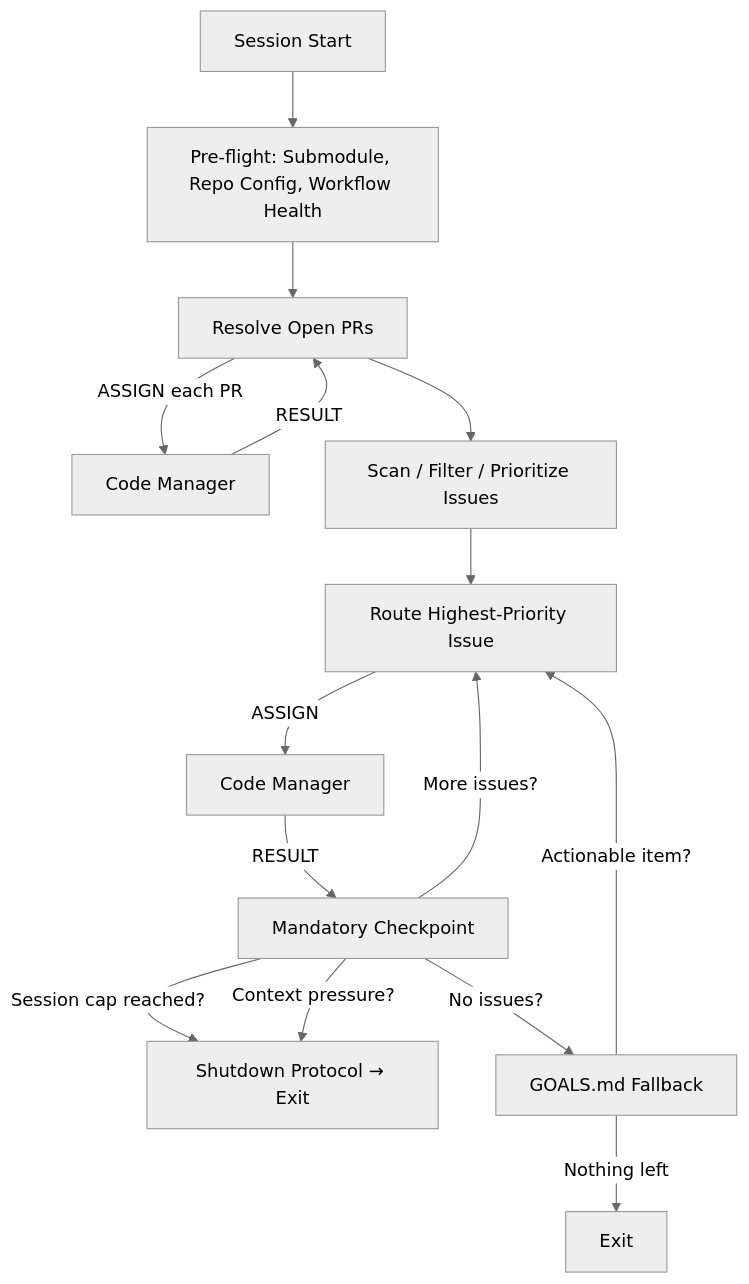
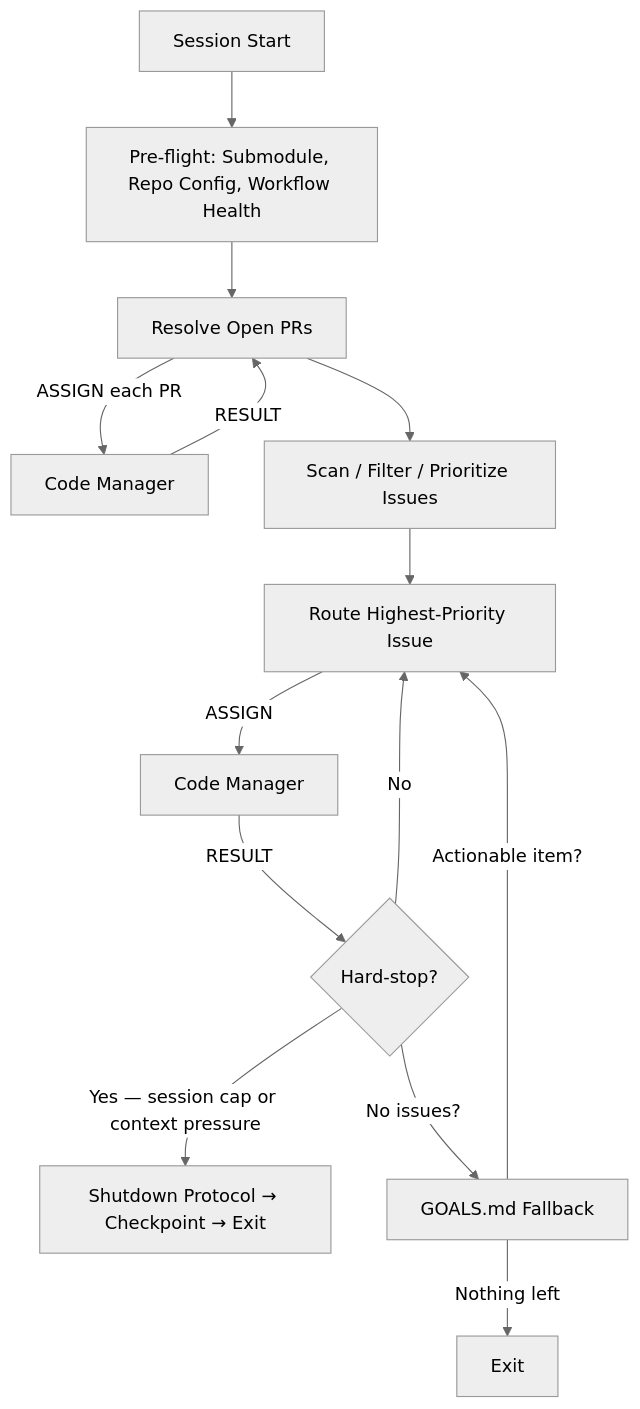
Before and after one commit to convergent-systems-co/dark-forge: the diagram in governance/personas/agentic/devops-engineer.md, drawn with Mermaid (neutral theme). The commit also changed other lines of this file and 7 other files, not shown here.

First line of the commit message:
feat(startup): continuous agentic loop until hard-stop (#296)

````diff
--- a/governance/personas/agentic/devops-engineer.md
+++ b/governance/personas/agentic/devops-engineer.md
@@ -113,18 +113,17 @@
 ```mermaid
 flowchart TD
     A[Session Start] --> B[Pre-flight: Submodule, Repo Config, Workflow Health]
     B --> C[Resolve Open PRs]
     C -->|ASSIGN each PR| D[Code Manager]
     D -->|RESULT| C
     C --> E[Scan / Filter / Prioritize Issues]
     E --> F[Route Highest-Priority Issue]
     F -->|ASSIGN| G[Code Manager]
-    G -->|RESULT| H[Mandatory Checkpoint]
+    G -->|RESULT| H{Hard-stop?}
 
-    H -->|Session cap reached?| I[Shutdown Protocol → Exit]
-    H -->|Context pressure?| I
-    H -->|More issues?| F
+    H -->|Yes — session cap or context pressure| I[Shutdown Protocol → Checkpoint → Exit]
+    H -->|No| F
     H -->|No issues?| J[GOALS.md Fallback]
     J -->|Actionable item?| F
     J -->|Nothing left| K[Exit]
 ```
````
